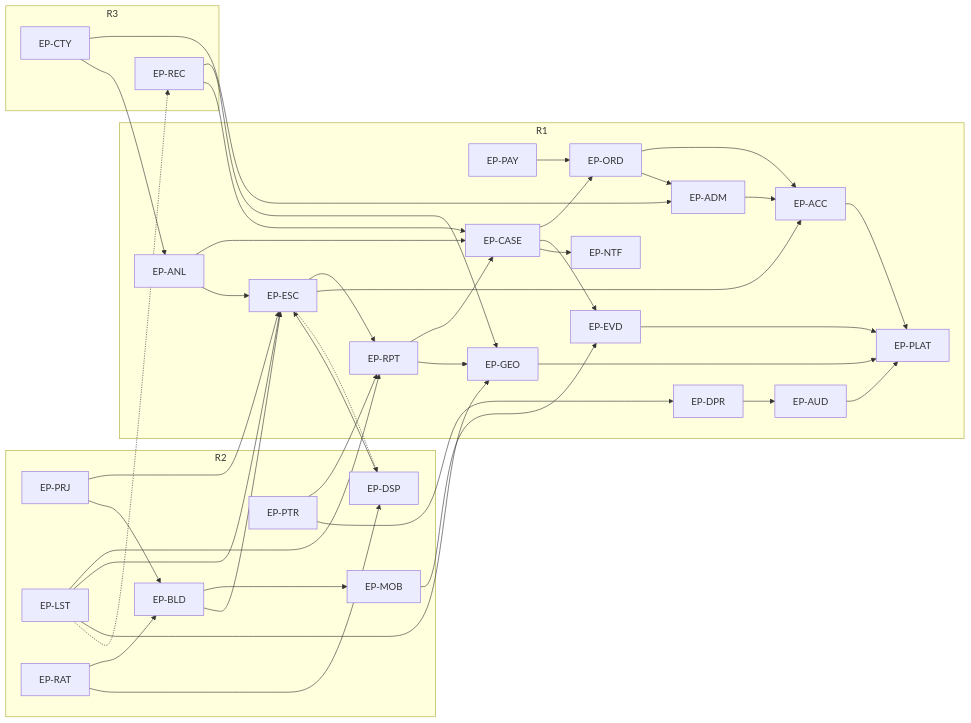
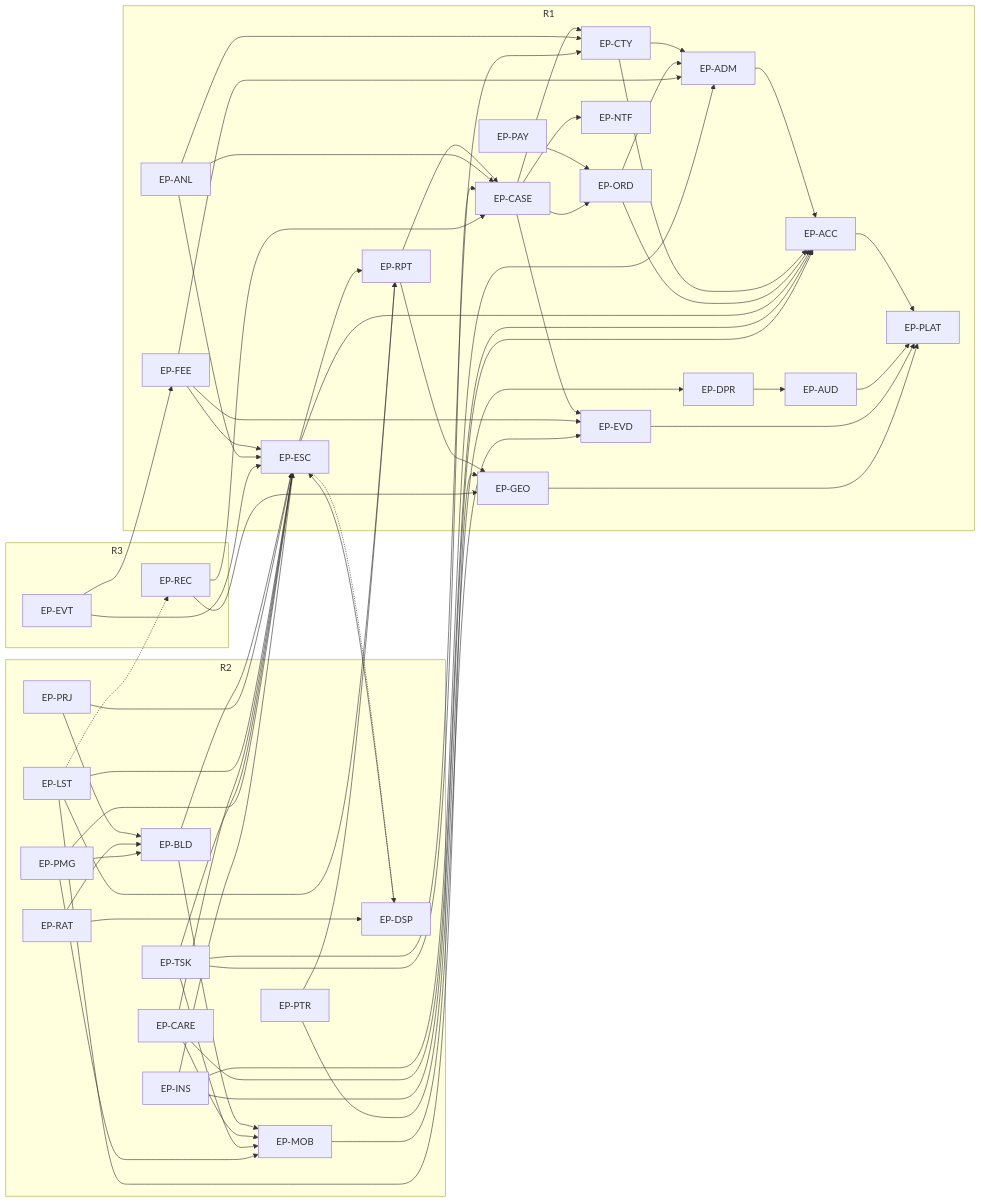
One commit to 1SteveMens/Fidero changed the second of 2 diagrams in docs/specs/04-project-plan-and-backlog.md. Above: the diagram before and after it, drawn with Mermaid. The commit also changed other lines of this file and 1 other file, not shown here.

````diff
--- a/docs/specs/04-project-plan-and-backlog.md
+++ b/docs/specs/04-project-plan-and-backlog.md
@@ -1391,6 +1715,7 @@
         ACC["EP-ACC"]
         AUD["EP-AUD"]
         ADM["EP-ADM"]
+        CTY["EP-CTY"]
         EVD["EP-EVD"]
         NTF["EP-NTF"]
         ORD["EP-ORD"]
@@ -1399,6 +1724,7 @@
         GEO["EP-GEO"]
         RPT["EP-RPT"]
         ESC["EP-ESC"]
+        FEE["EP-FEE"]
         DPR["EP-DPR"]
         ANL["EP-ANL"]
     end
@@ -1410,29 +1736,40 @@
         LST["EP-LST"]
         RAT["EP-RAT"]
         PTR["EP-PTR"]
+        CARE["EP-CARE"]
+        TSK["EP-TSK"]
+        PMG["EP-PMG"]
+        INS["EP-INS"]
     end
     subgraph R3
         REC["EP-REC"]
-        CTY["EP-CTY"]
+        EVT["EP-EVT"]
     end
     ACC --> PLAT
     AUD --> PLAT
     EVD --> PLAT
     ADM --> ACC
+    CTY --> ADM
+    CTY --> ACC
     ORD --> ACC
     ORD --> ADM
     PAY --> ORD
     CASE --> ORD
     CASE --> EVD
     CASE --> NTF
+    CASE --> CTY
     RPT --> CASE
     RPT --> GEO
     GEO --> PLAT
     ESC --> RPT
     ESC --> ACC
+    FEE --> ESC
+    FEE --> ADM
+    FEE --> EVD
     DPR --> AUD
     ANL --> CASE
     ANL --> ESC
+    ANL --> CTY
     MOB --> EVD
     BLD --> MOB
     BLD --> ESC
@@ -1447,9 +1784,22 @@
     RAT --> DSP
     PTR --> RPT
     PTR --> DPR
+    CARE --> MOB
+    CARE --> ESC
+    CARE --> ACC
+    TSK --> CASE
+    TSK --> ESC
+    TSK --> CTY
+    TSK --> MOB
+    PMG --> MOB
+    PMG --> ESC
+    PMG --> BLD
+    INS --> ACC
+    INS --> ESC
+    INS --> ADM
     REC --> GEO
     REC --> CASE
     LST -.-> REC
-    CTY --> ADM
-    CTY --> ANL
+    EVT --> ESC
+    EVT --> FEE
 ```
````
